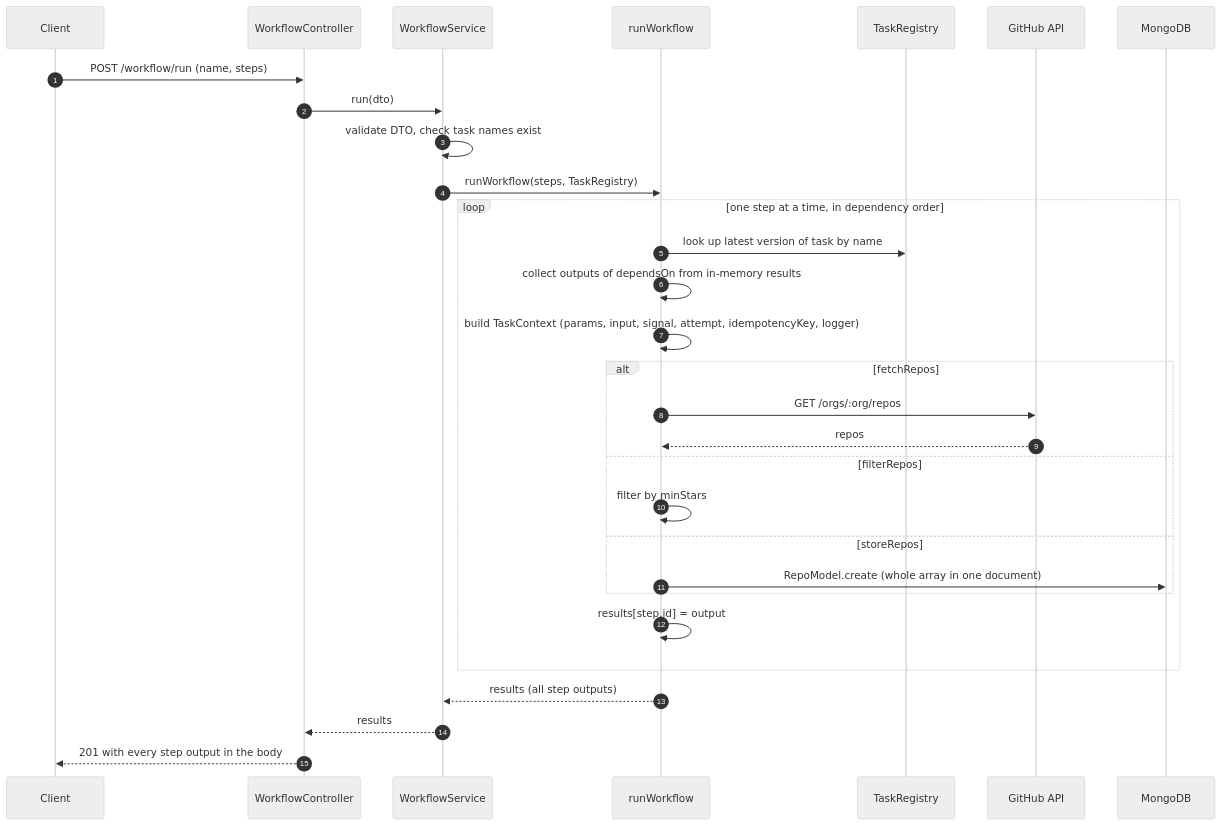
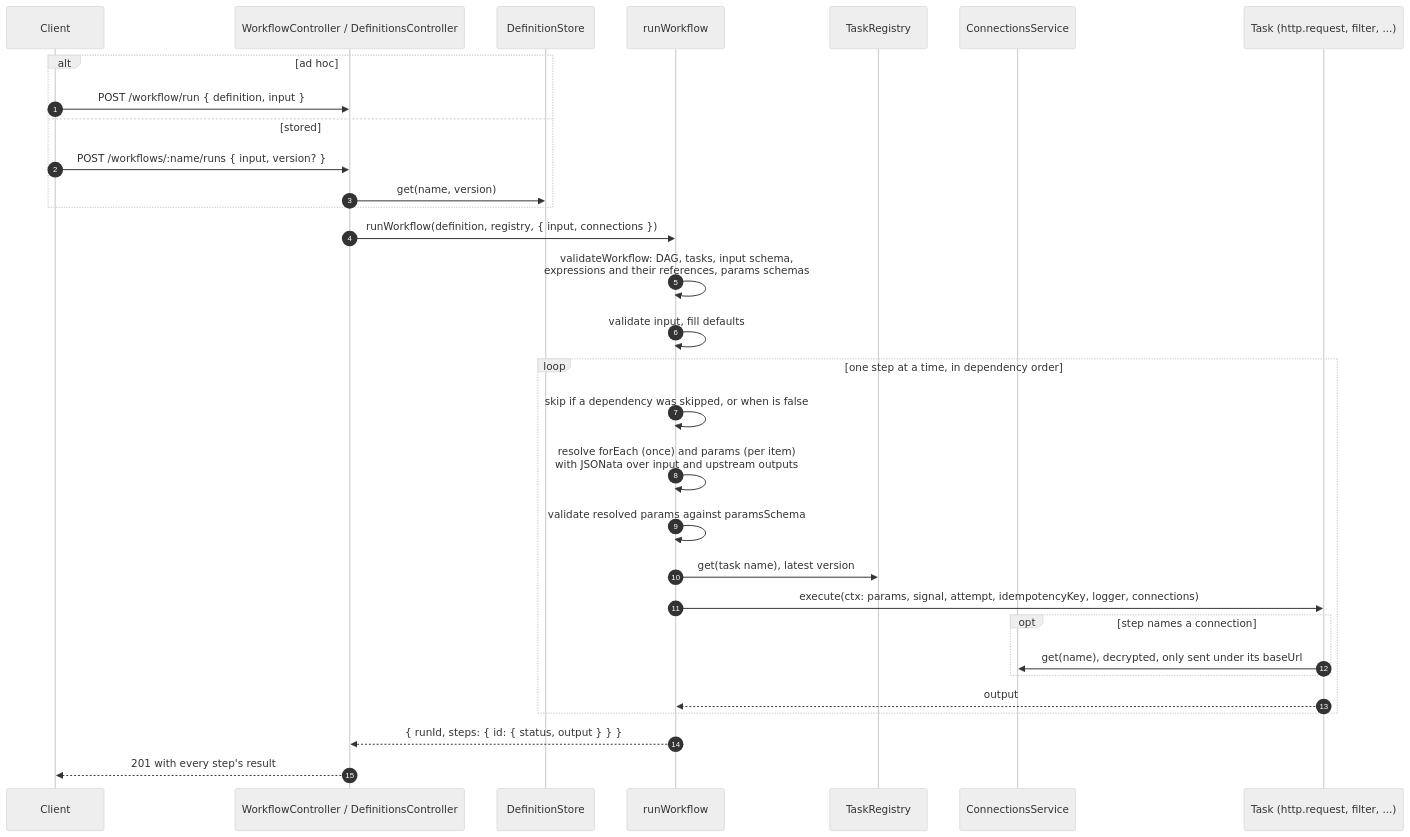
One commit to sinrajat43/OrchaLite changed the first of 4 diagrams in docs/architecture.md. Above: the diagram before and after it, drawn with Mermaid (neutral theme). The commit also changed other lines of this file and 44 other files, not shown here.

First line of the commit message:
A4: stored definitions, encrypted connections, when and forEach

````diff
--- a/docs/architecture.md
+++ b/docs/architecture.md
@@ -10,35 +11,36 @@
 ```mermaid
 sequenceDiagram
     autonumber
     participant C as Client
-    participant Ctl as WorkflowController
-    participant Svc as WorkflowService
+    participant API as WorkflowController / DefinitionsController
+    participant Store as DefinitionStore
     participant Run as runWorkflow
     participant Reg as TaskRegistry
-    participant GH as GitHub API
-    participant DB as MongoDB
+    participant Conn as ConnectionsService
+    participant T as Task (http.request, filter, ...)
 
-    C->>Ctl: POST /workflow/run (name, steps)
-    Ctl->>Svc: run(dto)
-    Svc->>Svc: validate DTO, check task names exist
-    Svc->>Run: runWorkflow(steps, TaskRegistry)
+    alt ad hoc
+        C->>API: POST /workflow/run { definition, input }
+    else stored
+        C->>API: POST /workflows/:name/runs { input, version? }
+        API->>Store: get(name, version)
+    end
+    API->>Run: runWorkflow(definition, registry, { input, connections })
+    Run->>Run: validateWorkflow: DAG, tasks, input schema,<br/>expressions and their references, params schemas
+    Run->>Run: validate input, fill defaults
 
     loop one step at a time, in dependency order
-        Run->>Reg: look up latest version of task by name
-        Run->>Run: collect outputs of dependsOn from in-memory results
-        Run->>Run: build TaskContext (params, input, signal, attempt, idempotencyKey, logger)
-        alt fetchRepos
-            Run->>GH: GET /orgs/:org/repos
-            GH-->>Run: repos
-        else filterRepos
-            Run->>Run: filter by minStars
-        else storeRepos
-            Run->>DB: RepoModel.create (whole array in one document)
+        Run->>Run: skip if a dependency was skipped, or when is false
+        Run->>Run: resolve forEach (once) and params (per item)<br/>with JSONata over input and upstream outputs
+        Run->>Run: validate resolved params against paramsSchema
+        Run->>Reg: get(task name), latest version
+        Run->>T: execute(ctx: params, signal, attempt, idempotencyKey, logger, connections)
+        opt step names a connection
+            T->>Conn: get(name), decrypted, only sent under its baseUrl
         end
-        Run->>Run: results[step.id] = output
+        T-->>Run: output
     end
 
-    Run-->>Svc: results (all step outputs)
-    Svc-->>Ctl: results
-    Ctl-->>C: 201 with every step output in the body
+    Run-->>API: { runId, steps: { id: { status, output } } }
+    API-->>C: 201 with every step's result
 ```
````
